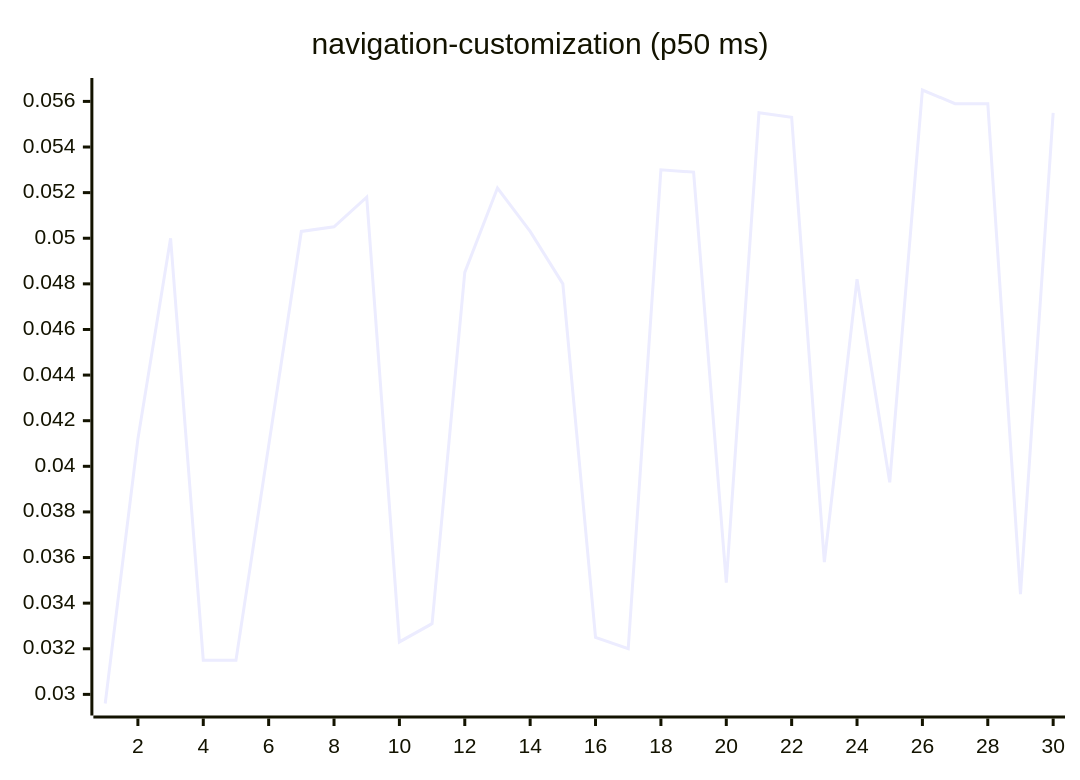
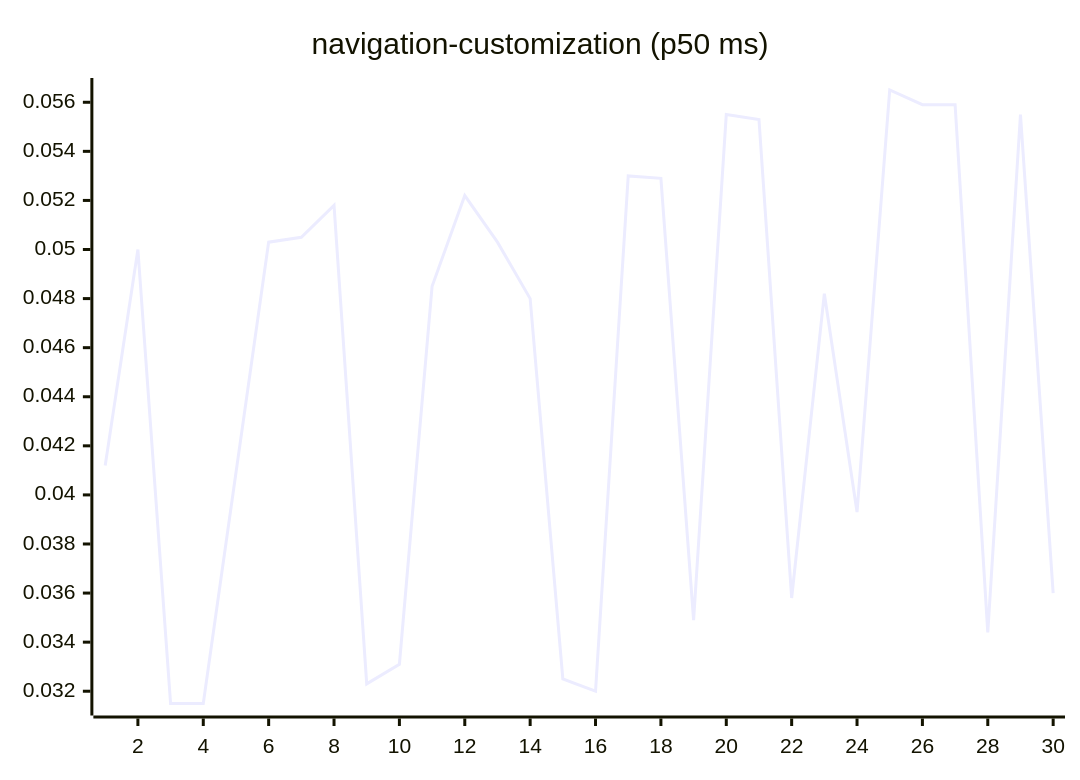
Before and after one commit to josha/Facet: diagram 15 of 27 in README.md, drawn with Mermaid. The commit also changed other lines of this file and 2 other files, not shown here.

````diff
--- a/README.md
+++ b/README.md
@@ -161,6 +161,6 @@
 ```mermaid
 xychart-beta
     title "navigation-customization (p50 ms)"
     x-axis 1 --> 30
-    line [0.0296, 0.0412, 0.0500, 0.0315, 0.0315, 0.0409, 0.0503, 0.0505, 0.0518, 0.0323, 0.0331, 0.0485, 0.0522, 0.0503, 0.0480, 0.0325, 0.0320, 0.0530, 0.0529, 0.0349, 0.0555, 0.0553, 0.0358, 0.0482, 0.0393, 0.0565, 0.0559, 0.0559, 0.0344, 0.0555]
+    line [0.0412, 0.0500, 0.0315, 0.0315, 0.0409, 0.0503, 0.0505, 0.0518, 0.0323, 0.0331, 0.0485, 0.0522, 0.0503, 0.0480, 0.0325, 0.0320, 0.0530, 0.0529, 0.0349, 0.0555, 0.0553, 0.0358, 0.0482, 0.0393, 0.0565, 0.0559, 0.0559, 0.0344, 0.0555, 0.0360]
 ```
````
